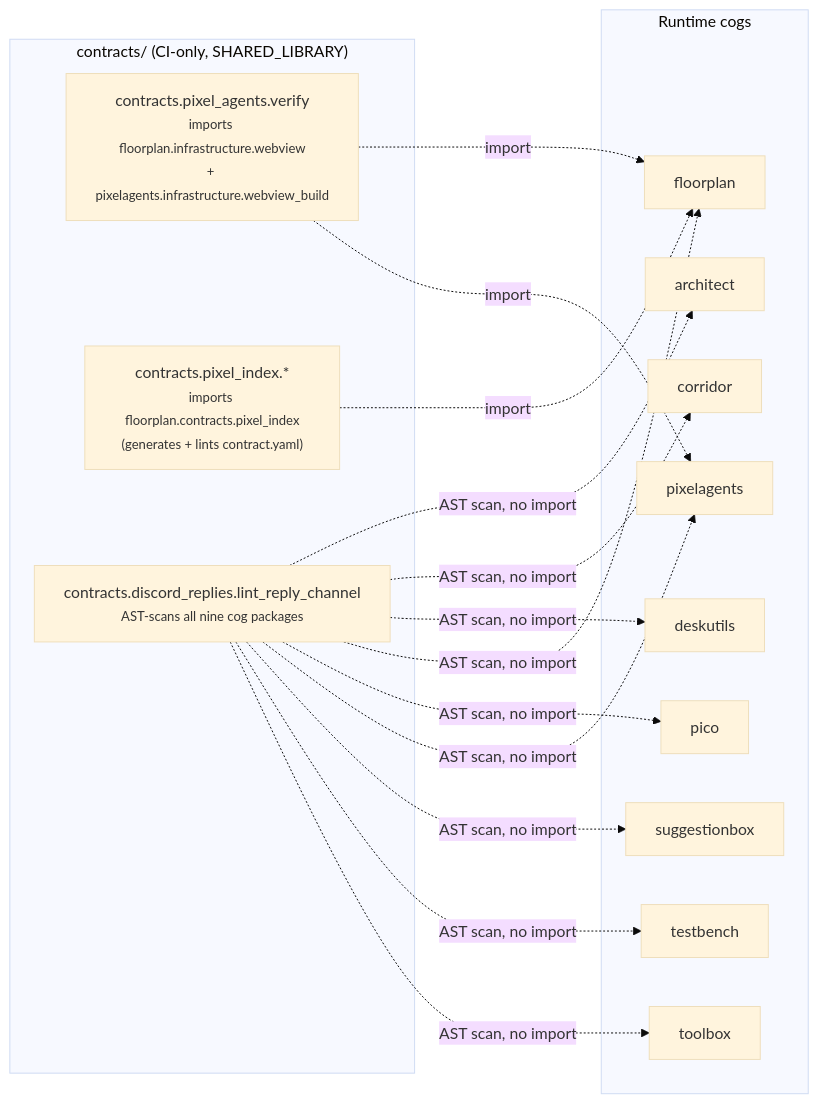
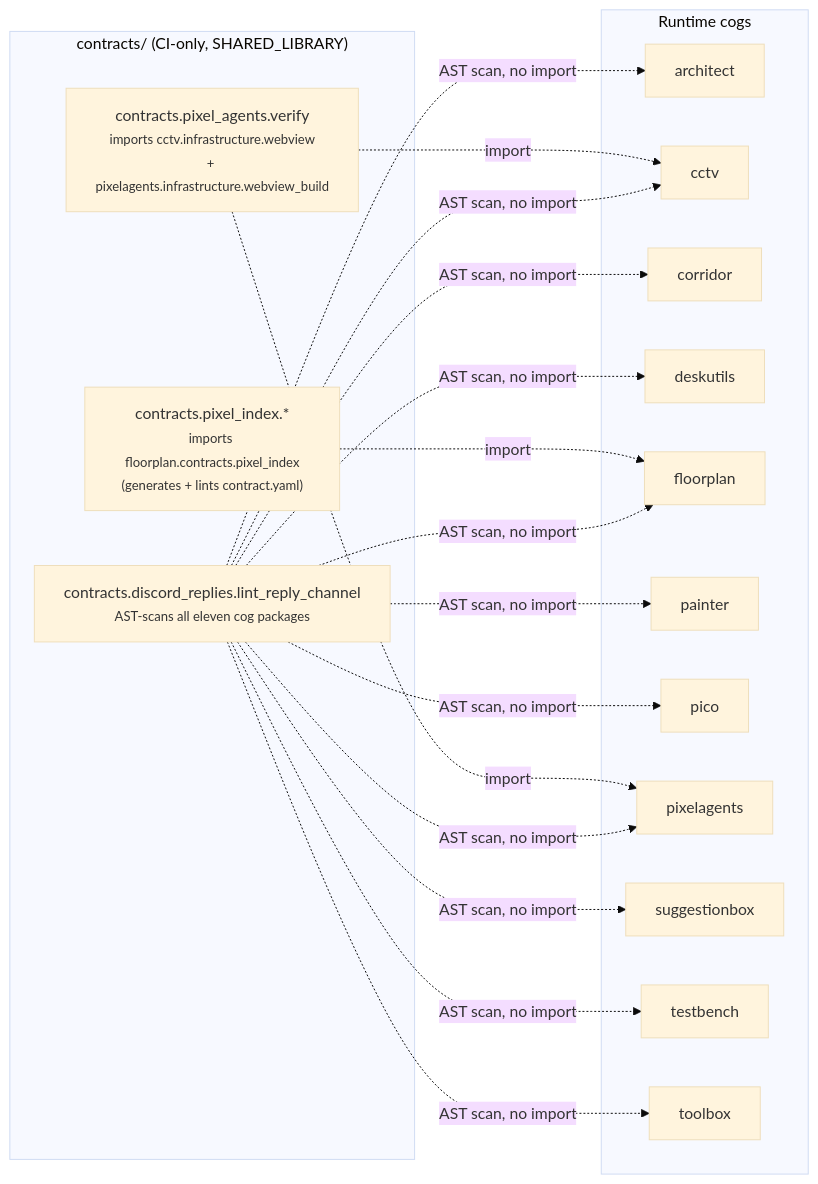
One commit to pixel-agents-hq/pixel-agents-cogs changed the eighth of 8 diagrams in docs/architecture.md. Above: the diagram before and after it, drawn with Mermaid (base theme). The commit also changed other lines of this file and 4 other files, not shown here.

````diff
--- a/docs/architecture.md
+++ b/docs/architecture.md
@@ -468,33 +487,37 @@
 ```mermaid
 flowchart LR
     subgraph runtime["Runtime cogs"]
         architect2["architect"]
+        cctv2["cctv"]
         corridor2["corridor"]
         deskutils2["deskutils"]
         floorplan2["floorplan"]
+        painter2["painter"]
         pico2["pico"]
         pixelagents2["pixelagents"]
         suggestionbox2["suggestionbox"]
         testbench2["testbench"]
         toolbox2["toolbox"]
     end
 
     subgraph ci["contracts/ (CI-only, SHARED_LIBRARY)"]
-        pa_verify["contracts.pixel_agents.verify<br/><small>imports floorplan.infrastructure.webview<br/>+ pixelagents.infrastructure.webview_build</small>"]
+        pa_verify["contracts.pixel_agents.verify<br/><small>imports cctv.infrastructure.webview<br/>+ pixelagents.infrastructure.webview_build</small>"]
         idx_lint["contracts.pixel_index.*<br/><small>imports floorplan.contracts.pixel_index<br/>(generates + lints contract.yaml)</small>"]
-        reply_lint["contracts.discord_replies.lint_reply_channel<br/><small>AST-scans all nine cog packages</small>"]
+        reply_lint["contracts.discord_replies.lint_reply_channel<br/><small>AST-scans all eleven cog packages</small>"]
     end
 
-    pa_verify -.->|"import"| floorplan2
+    pa_verify -.->|"import"| cctv2
     pa_verify -.->|"import"| pixelagents2
     idx_lint -.->|"import"| floorplan2
     reply_lint -.->|"AST scan, no import"| architect2
+    reply_lint -.->|"AST scan, no import"| cctv2
     reply_lint -.->|"AST scan, no import"| corridor2
     reply_lint -.->|"AST scan, no import"| deskutils2
     reply_lint -.->|"AST scan, no import"| floorplan2
+    reply_lint -.->|"AST scan, no import"| painter2
     reply_lint -.->|"AST scan, no import"| pico2
     reply_lint -.->|"AST scan, no import"| pixelagents2
     reply_lint -.->|"AST scan, no import"| suggestionbox2
     reply_lint -.->|"AST scan, no import"| testbench2
     reply_lint -.->|"AST scan, no import"| toolbox2
 ```
````
